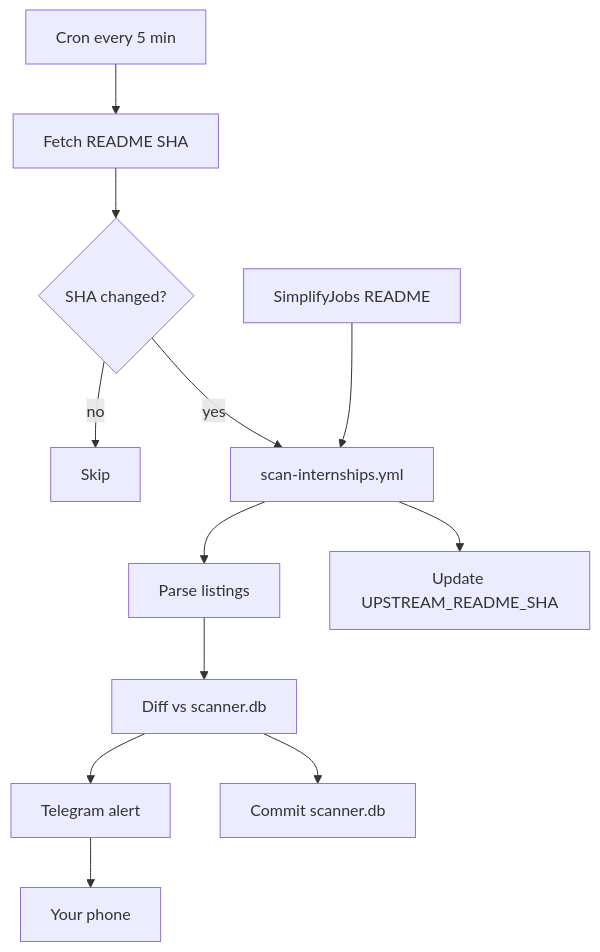
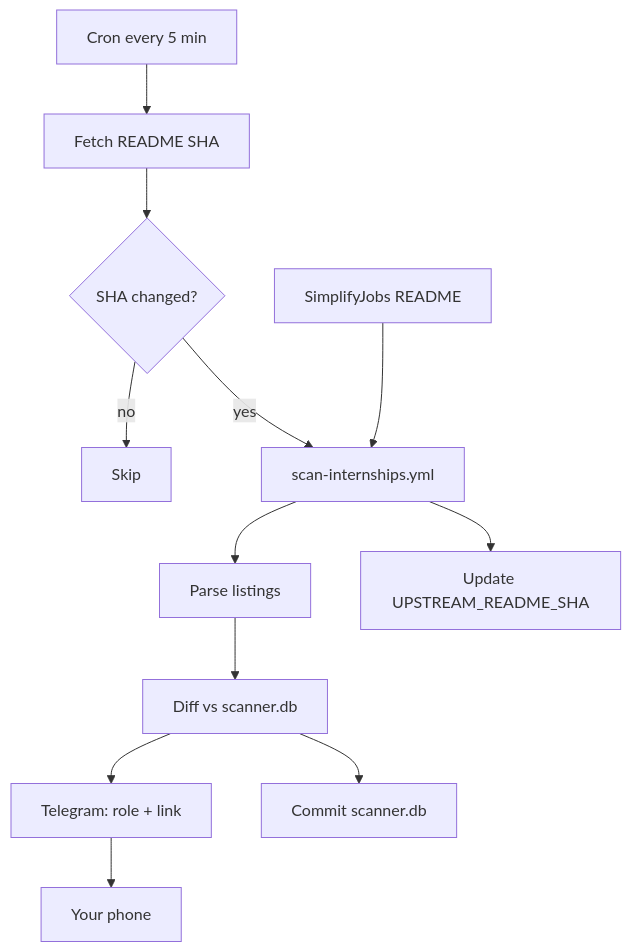
The first of 2 diagrams in README.md (AnushSonone/job-apply-assistant), drawn with Mermaid before and after one commit. The commit also changed other lines of this file and 2 other files, not shown here.

Commit message:
Simplify Telegram alerts to role and link; skip Canada.
Alerts no longer include laptop commands or extra metadata. Jobs whose location contains Canada are tracked but not notified.

````diff
--- a/README.md
+++ b/README.md
@@ -47,14 +47,14 @@
 ```mermaid
 flowchart TD
     CRON[Cron every 5 min] --> SHA[Fetch README SHA]
     SHA --> CHANGED{SHA changed?}
     CHANGED -->|no| SKIP[Skip]
     CHANGED -->|yes| SCAN[scan-internships.yml]
     SJ[SimplifyJobs README] --> SCAN
     SCAN --> PARSE[Parse listings]
     PARSE --> DIFF[Diff vs scanner.db]
-    DIFF --> ALERT[Telegram alert]
+    DIFF --> ALERT[Telegram: role + link]
     ALERT --> TG[Your phone]
     DIFF --> COMMIT[Commit scanner.db]
     SCAN --> VAR[Update UPSTREAM_README_SHA]
 ```
````
